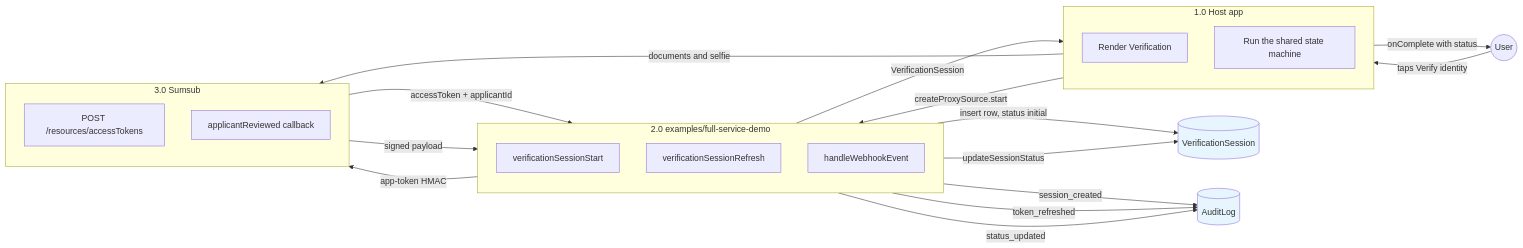
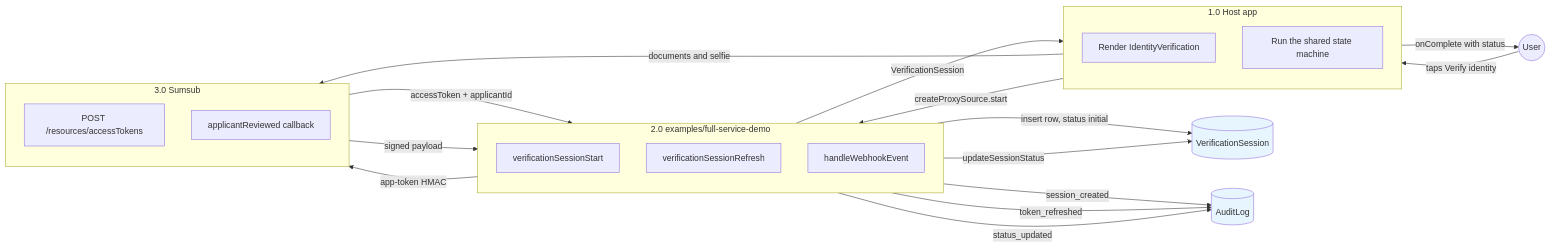
One commit to blinkbitcoin/kyc changed the diagram in docs/diagrams/src/data-flow-proxy.mmd. Above: the diagram before and after it, drawn with Mermaid. The commit also changed 37 other files, not shown here.

First line of the commit message:
docs: the component is IdentityVerification everywhere, and a hero that shows identity verification

```diff
--- a/docs/diagrams/src/data-flow-proxy.mmd
+++ b/docs/diagrams/src/data-flow-proxy.mmd
@@ -1,41 +1,41 @@
 flowchart LR
     U((User))
 
     subgraph P1["1.0 Host app"]
         direction TB
-        p1a[Render Verification]
+        p1a[Render IdentityVerification]
         p1b[Run the shared state machine]
     end
 
     subgraph P2["2.0 examples/full-service-demo"]
         direction TB
         p2a[verificationSessionStart]
         p2b[verificationSessionRefresh]
         p2c[handleWebhookEvent]
     end
 
     subgraph P3["3.0 Sumsub"]
         direction TB
         p3a[POST /resources/accessTokens]
         p3b[applicantReviewed callback]
     end
 
     D1[(VerificationSession)]
     D2[(AuditLog)]
 
     U -- "taps Verify identity" --> P1
     P1 -- "createProxySource.start" --> p2a
     p2a -- "app-token HMAC" --> p3a
     p3a -- "accessToken + applicantId" --> p2a
     p2a -- "insert row, status initial" --> D1
     p2a -- "session_created" --> D2
     p2a -- "VerificationSession" --> P1
     P1 -- "documents and selfie" --> P3
     p2b -- "token_refreshed" --> D2
     p3b -- "signed payload" --> p2c
     p2c -- "updateSessionStatus" --> D1
     p2c -- "status_updated" --> D2
     P1 -- "onComplete with status" --> U
 
     style D1 fill:#e7f5ff
     style D2 fill:#e7f5ff
```
